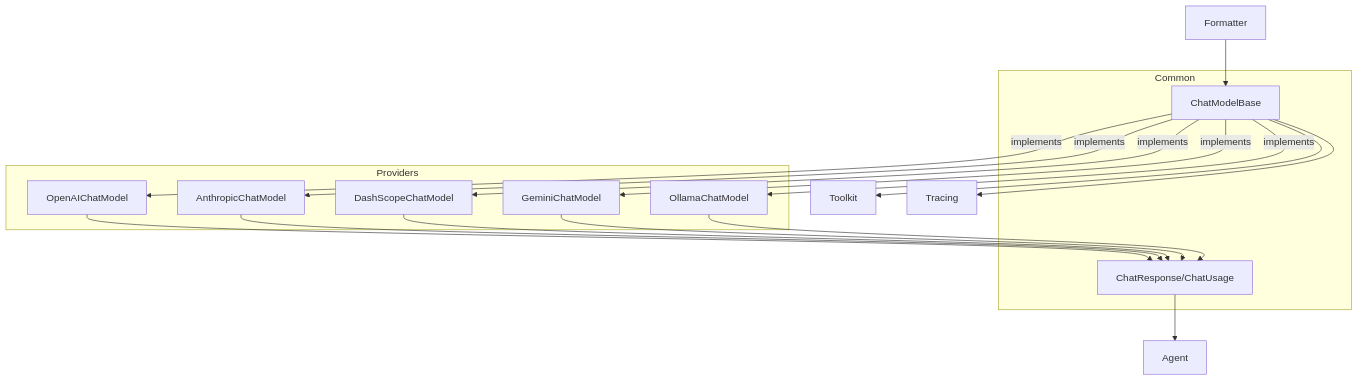
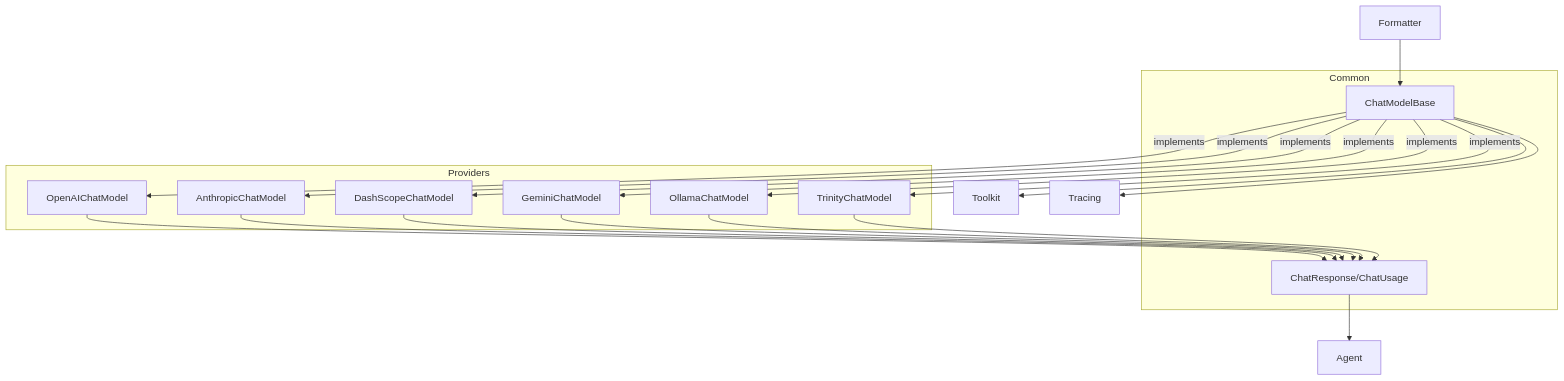
The diagram in docs/model/SOP.md (charSLee013/agentscope-easy), drawn with Mermaid before and after one commit. The commit also changed other lines of this file and 16 other files, not shown here.

````diff
--- a/docs/model/SOP.md
+++ b/docs/model/SOP.md
@@ -10,20 +10,21 @@
 ```mermaid
 graph TD
   subgraph Common
     MB[ChatModelBase]
     MR[ChatResponse/ChatUsage]
   end
   subgraph Providers
     OP[OpenAIChatModel]
     AN[AnthropicChatModel]
     DS[DashScopeChatModel]
     GE[GeminiChatModel]
     OL[OllamaChatModel]
+    TR[TrinityChatModel]
   end
   Formatter --> MB
-  MB -->|implements| OP & AN & DS & GE & OL
-  OP & AN & DS & GE & OL --> MR
+  MB -->|implements| OP & AN & DS & GE & OL & TR
+  OP & AN & DS & GE & OL & TR --> MR
   MR --> Agent
   MB --> Toolkit
   MB --> Tracing
 ```
````
